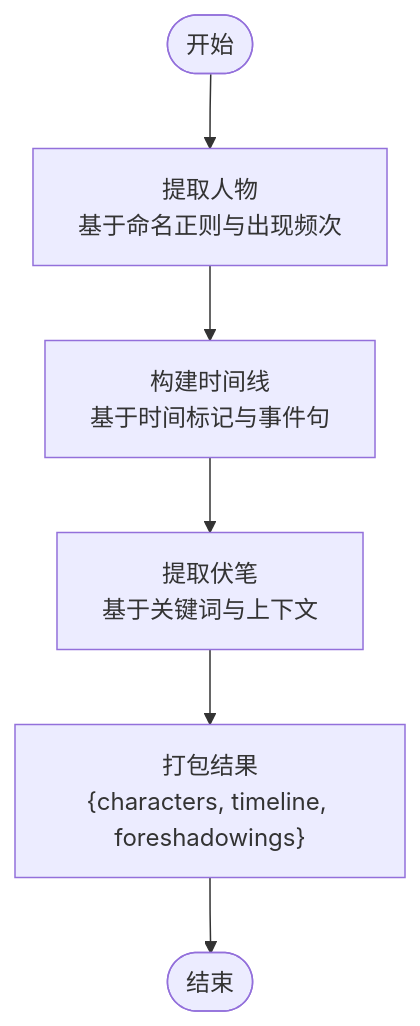
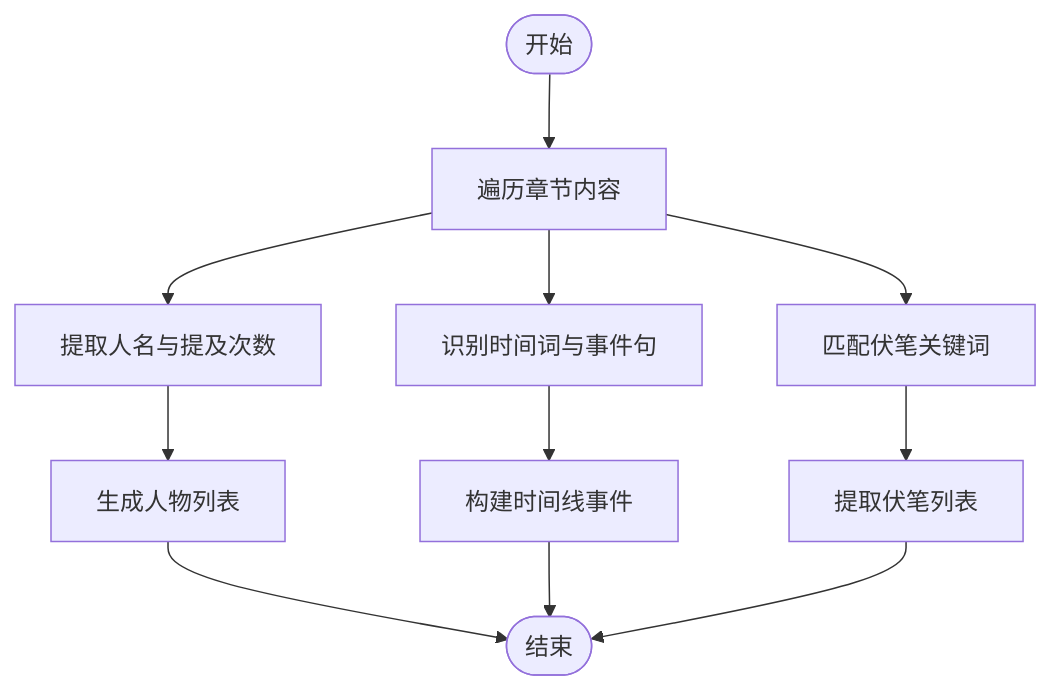
One commit to octsfm/InkTrace changed the fifth of 7 diagrams in .qoder/repowiki/zh/content/API接口文档/内容分析API.md. Above: the diagram before and after it, drawn with Mermaid. The commit also changed other lines of this file and 179 other files, not shown here.

````diff
--- a/.qoder/repowiki/zh/content/API接口文档/内容分析API.md
+++ b/.qoder/repowiki/zh/content/API接口文档/内容分析API.md
@@ -213,8 +293,13 @@
 ```mermaid
 flowchart TD
-StartP(["开始"]) --> ExtractChars["提取人物<br/>基于命名正则与出现频次"]
-ExtractChars --> Timeline["构建时间线<br/>基于时间标记与事件句"]
-Timeline --> Foreshadow["提取伏笔<br/>基于关键词与上下文"]
-Foreshadow --> Pack["打包结果<br/>{characters, timeline, foreshadowings}"]
-Pack --> EndP(["结束"])
+A(["开始"]) --> Chs["遍历章节内容"]
+Chs --> Names["提取人名与提及次数"]
+Chs --> Time["识别时间词与事件句"]
+Chs --> Foreshadow["匹配伏笔关键词"]
+Names --> Characters["生成人物列表"]
+Time --> Timeline["构建时间线事件"]
+Foreshadow --> Foreshadowings["提取伏笔列表"]
+Characters --> Out(["结束"])
+Timeline --> Out
+Foreshadowings --> Out
 ```
````
